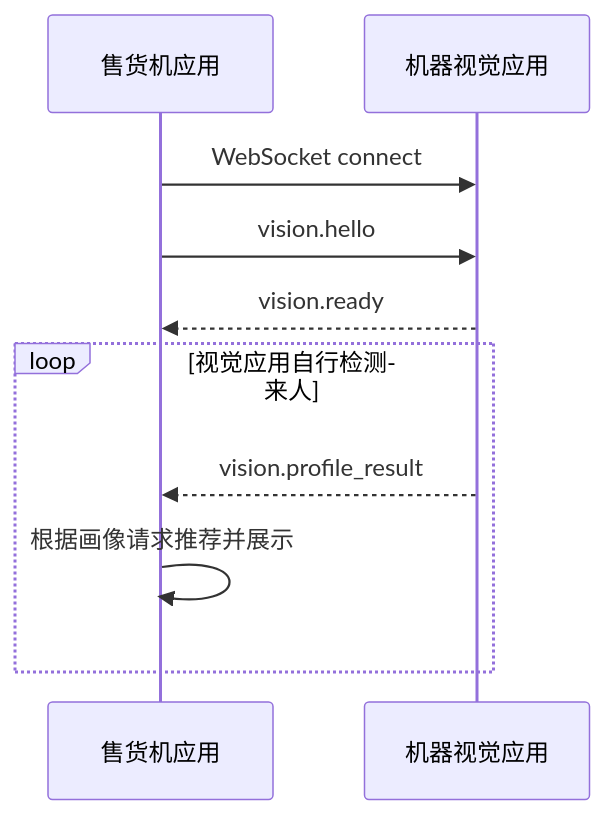
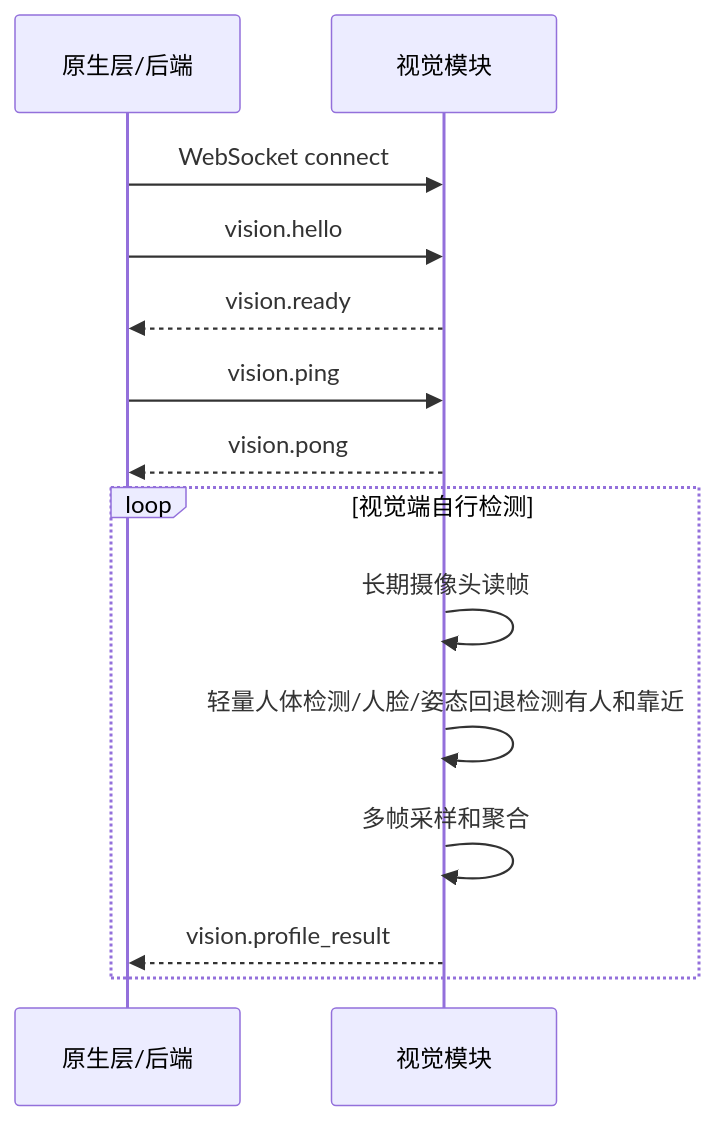
The diagram in PROTOCOL.md (hbhjt/vending-vision), drawn with Mermaid before and after one commit. The commit also changed other lines of this file and 36 other files, not shown here.

````diff
--- a/PROTOCOL.md
+++ b/PROTOCOL.md
@@ -185,12 +260,16 @@
 ```mermaid
 sequenceDiagram
-    participant Machine as 售货机应用
-    participant Vision as 机器视觉应用
+    participant Machine as 原生层/后端
+    participant Vision as 视觉模块
     Machine->>Vision: WebSocket connect
     Machine->>Vision: vision.hello
     Vision-->>Machine: vision.ready
-    loop 视觉应用自行检测来人
+    Machine->>Vision: vision.ping
+    Vision-->>Machine: vision.pong
+    loop 视觉端自行检测
+        Vision->>Vision: 长期摄像头读帧
+        Vision->>Vision: 轻量人体检测/人脸/姿态回退检测有人和靠近
+        Vision->>Vision: 多帧采样和聚合
         Vision-->>Machine: vision.profile_result
-        Machine->>Machine: 根据画像请求推荐并展示
     end
 ```
````
